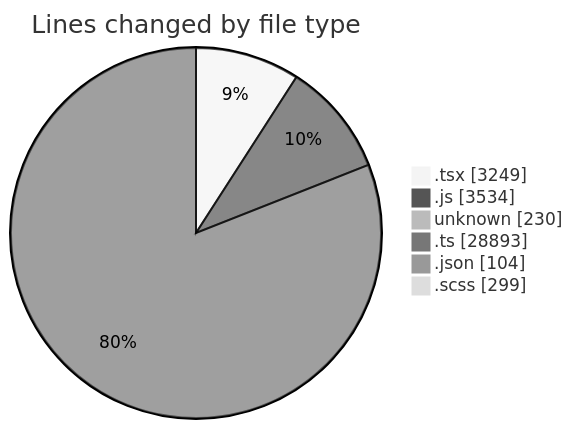
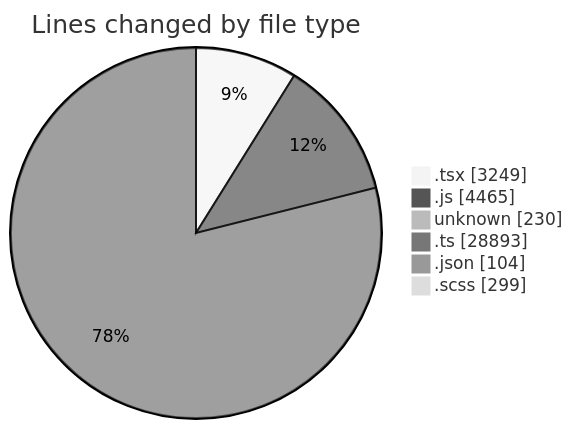
The first of 2 diagrams in 2026-05-06/cda/README.md (momahboobian/code-tracking), drawn with Mermaid (neutral theme) before and after one commit. The commit also changed other lines of this file and 1 other file, not shown here.

````diff
--- a/2026-05-06/cda/README.md
+++ b/2026-05-06/cda/README.md
@@ -79,10 +80,10 @@
 ```mermaid
 pie showData
 title Lines changed by file type
 ".tsx" : 3249
-".js" : 3534
+".js" : 4465
 "unknown" : 230
 ".ts" : 28893
 ".json" : 104
 ".scss" : 299
 ```
````
